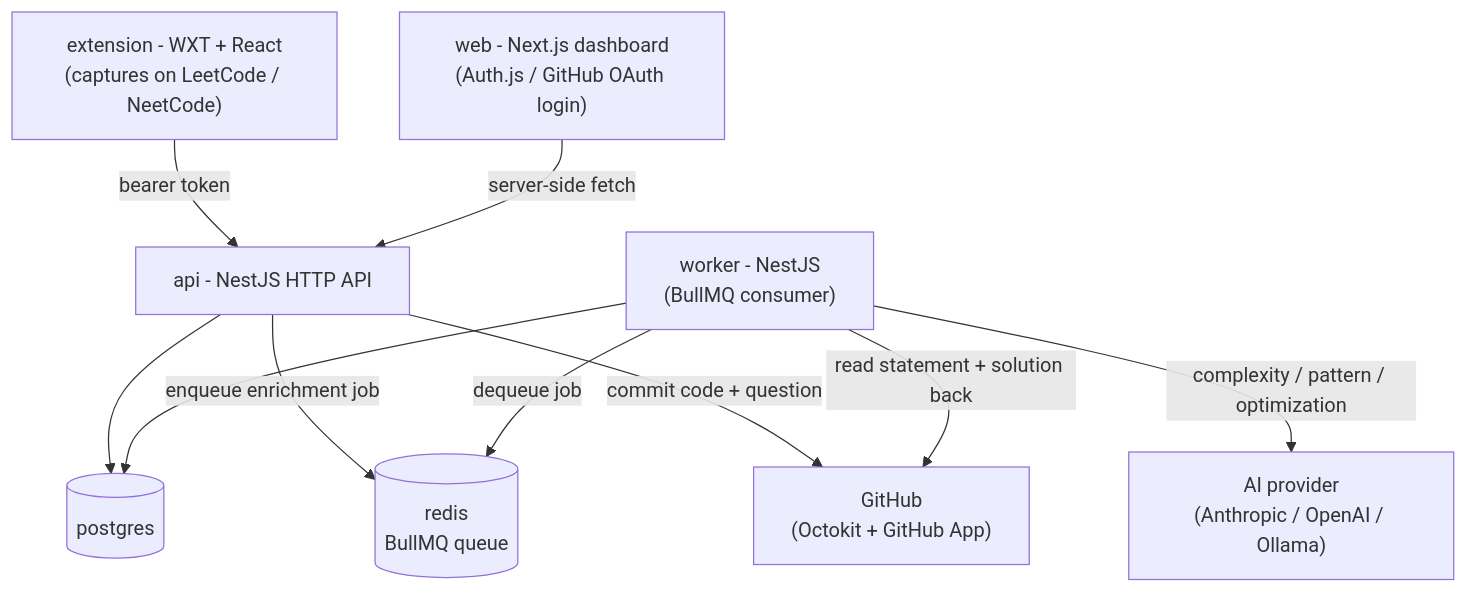
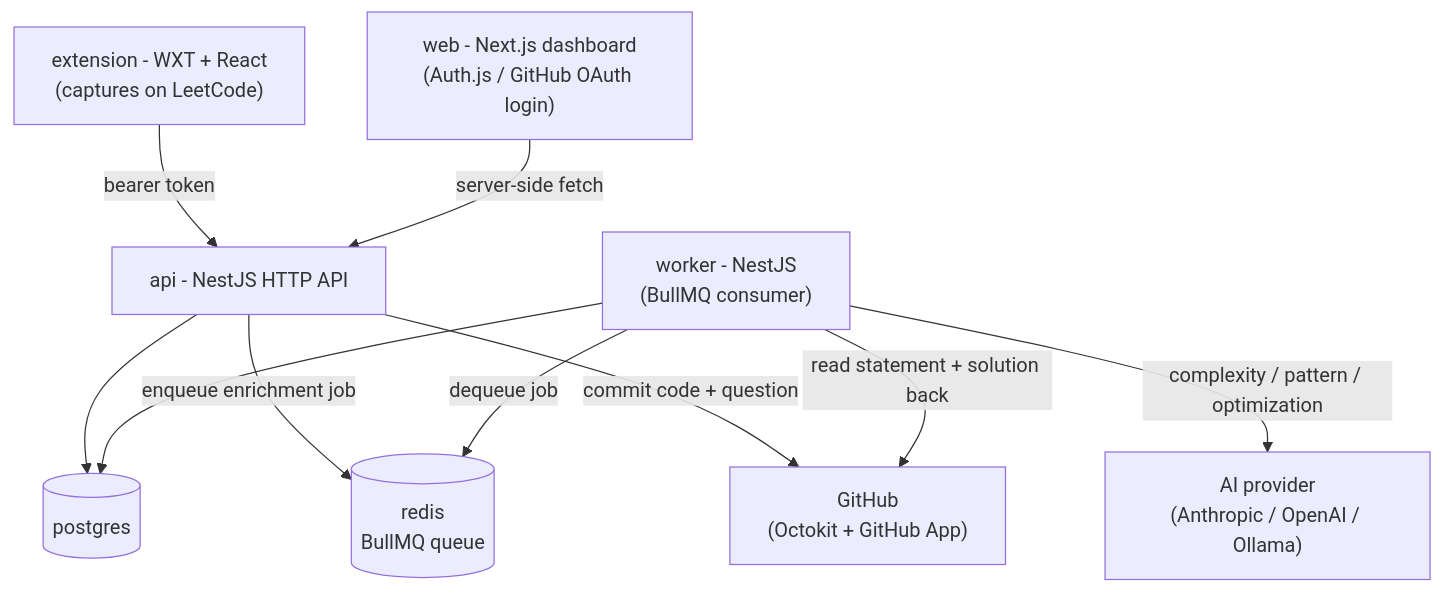
One commit to seemantshekhar43/shekse-code-sync changed the diagram in README.md. Above: the diagram before and after it, drawn with Mermaid. The commit also changed other lines of this file and 12 other files, not shown here.

First line of the commit message:
chore: remove NeetCode as a supported capture platform (#63)

````diff
--- a/README.md
+++ b/README.md
@@ -26,21 +26,21 @@
 ```mermaid
 flowchart TB
-  Ext["extension - WXT + React<br/>(captures on LeetCode / NeetCode)"]
+  Ext["extension - WXT + React<br/>(captures on LeetCode)"]
   Web["web - Next.js dashboard<br/>(Auth.js / GitHub OAuth login)"]
   Api["api - NestJS HTTP API"]
   Worker["worker - NestJS<br/>(BullMQ consumer)"]
   PG[("postgres")]
   Redis[("redis<br/>BullMQ queue")]
   GH["GitHub<br/>(Octokit + GitHub App)"]
   AI["AI provider<br/>(Anthropic / OpenAI / Ollama)"]
 
   Ext -->|"bearer token"| Api
   Web -->|"server-side fetch"| Api
   Api --> PG
   Api -->|"enqueue enrichment job"| Redis
   Api -->|"commit code + question"| GH
   Worker -->|"dequeue job"| Redis
   Worker --> PG
   Worker -->|"read statement + solution back"| GH
   Worker -->|"complexity / pattern / optimization"| AI
 ```
````
